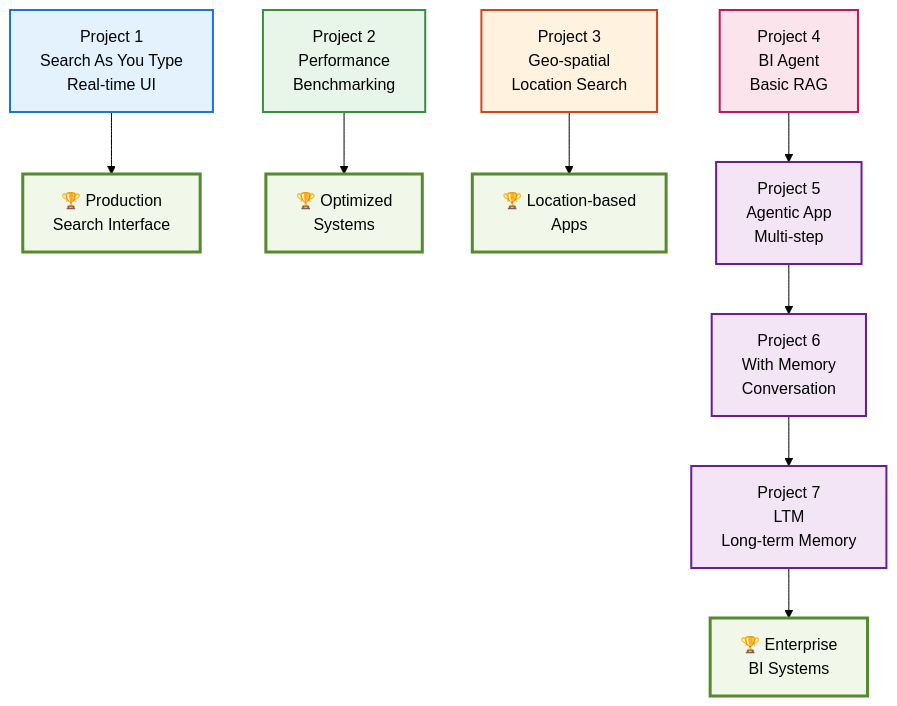
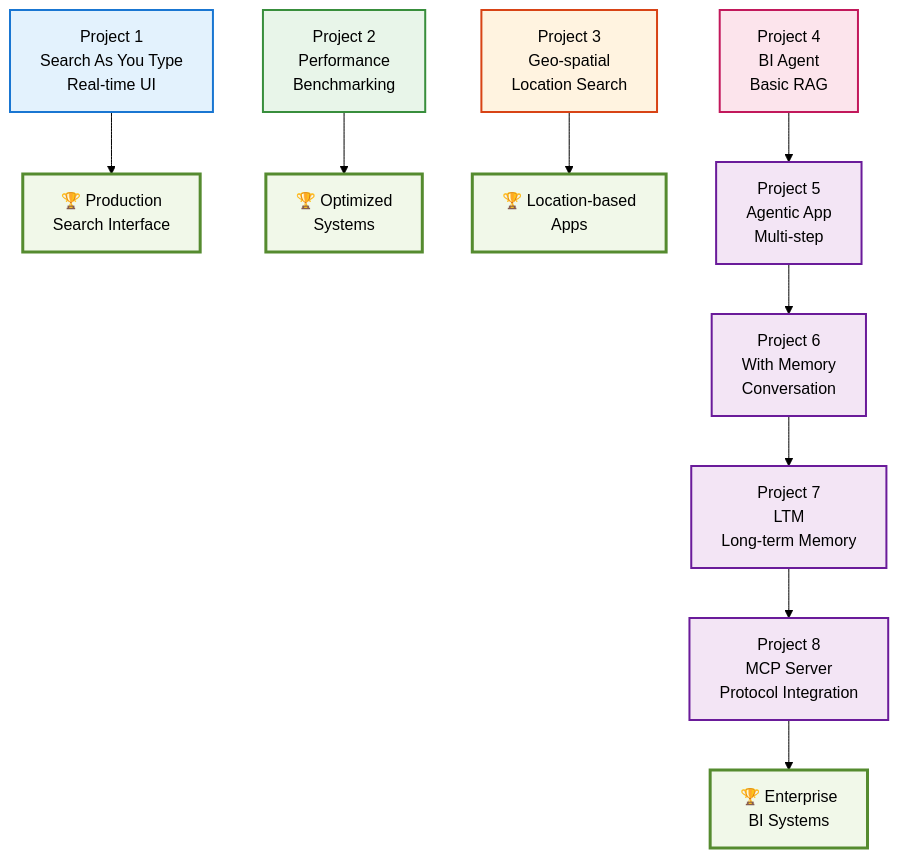
The second of 6 diagrams in 6. REALTIME_PROJECTS/DOCUMENTATION_INDEX.md (machzqcq/elasticsearch_opensearch), drawn with Mermaid (forest theme) before and after one commit. The commit also changed other lines of this file and 31 other files, not shown here.

````diff
--- a/6. REALTIME_PROJECTS/DOCUMENTATION_INDEX.md
+++ b/6. REALTIME_PROJECTS/DOCUMENTATION_INDEX.md
@@ -295,30 +345,32 @@
 ```mermaid
 graph TD
     A["Project 1<br/>Search As You Type<br/>Real-time UI"] --> Advanced1["🏆 Production<br/>Search Interface"]
     
     B["Project 2<br/>Performance<br/>Benchmarking"] --> Advanced2["🏆 Optimized<br/>Systems"]
     
     C["Project 3<br/>Geo-spatial<br/>Location Search"] --> Advanced3["🏆 Location-based<br/>Apps"]
     
     D["Project 4<br/>BI Agent<br/>Basic RAG"] --> E["Project 5<br/>Agentic App<br/>Multi-step"]
     
     E --> F["Project 6<br/>With Memory<br/>Conversation"]
     
     F --> G["Project 7<br/>LTM<br/>Long-term Memory"]
     
-    G --> Advanced4["🏆 Enterprise<br/>BI Systems"]
+    G --> H["Project 8<br/>MCP Server<br/>Protocol Integration"]
+    
+    H --> Advanced4["🏆 Enterprise<br/>BI Systems"]
     
     classDef p1 fill:#e3f2fd,stroke:#1976d2,stroke-width:2px,color:#000
     classDef p2 fill:#e8f5e9,stroke:#388e3c,stroke-width:2px,color:#000
     classDef p3 fill:#fff3e0,stroke:#d84315,stroke-width:2px,color:#000
     classDef p4 fill:#fce4ec,stroke:#c2185b,stroke-width:2px,color:#000
-    classDef p567 fill:#f3e5f5,stroke:#6a1b9a,stroke-width:2px,color:#000
+    classDef p5678 fill:#f3e5f5,stroke:#6a1b9a,stroke-width:2px,color:#000
     classDef adv fill:#f1f8e9,stroke:#558b2f,stroke-width:3px,color:#000
     
     class A p1
     class B p2
     class C p3
     class D p4
-    class E,F,G p567
+    class E,F,G,H p5678
     class Advanced1,Advanced2,Advanced3,Advanced4 adv
 ```
````
